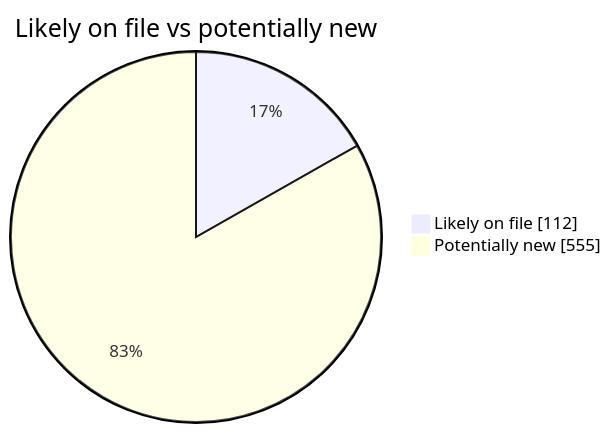
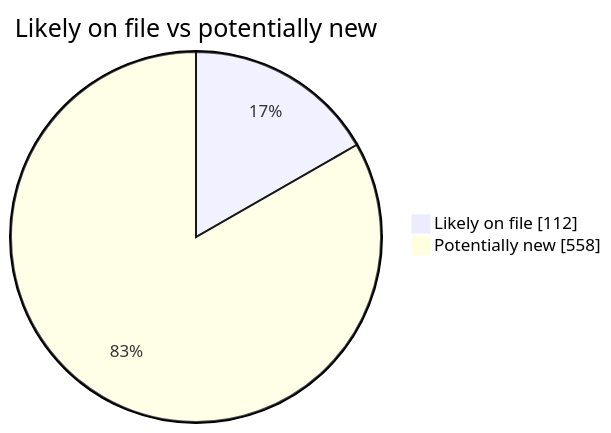
One commit to martinbalfanz/social-scanner-reports changed the second of 4 diagrams in README.md. Above: the diagram before and after it, drawn with Mermaid. The commit also changed other lines of this file and 6 other files, not shown here.

````diff
--- a/README.md
+++ b/README.md
@@ -40,5 +40,5 @@
 ```mermaid
 pie showData title Likely on file vs potentially new
     "Likely on file" : 112
-    "Potentially new" : 555
+    "Potentially new" : 558
 ```
````
